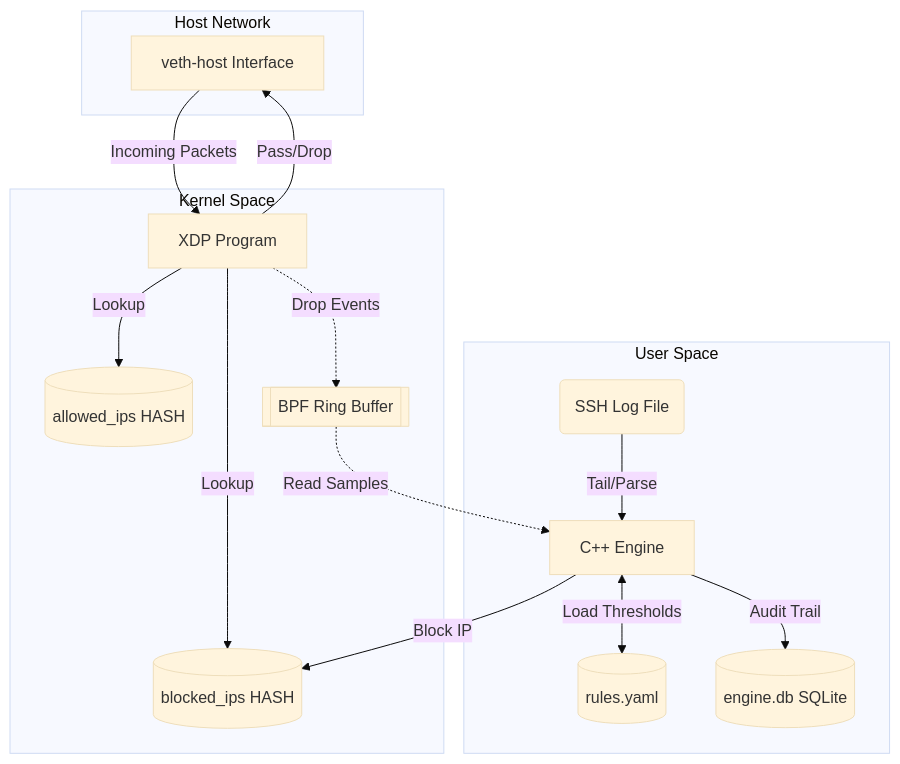
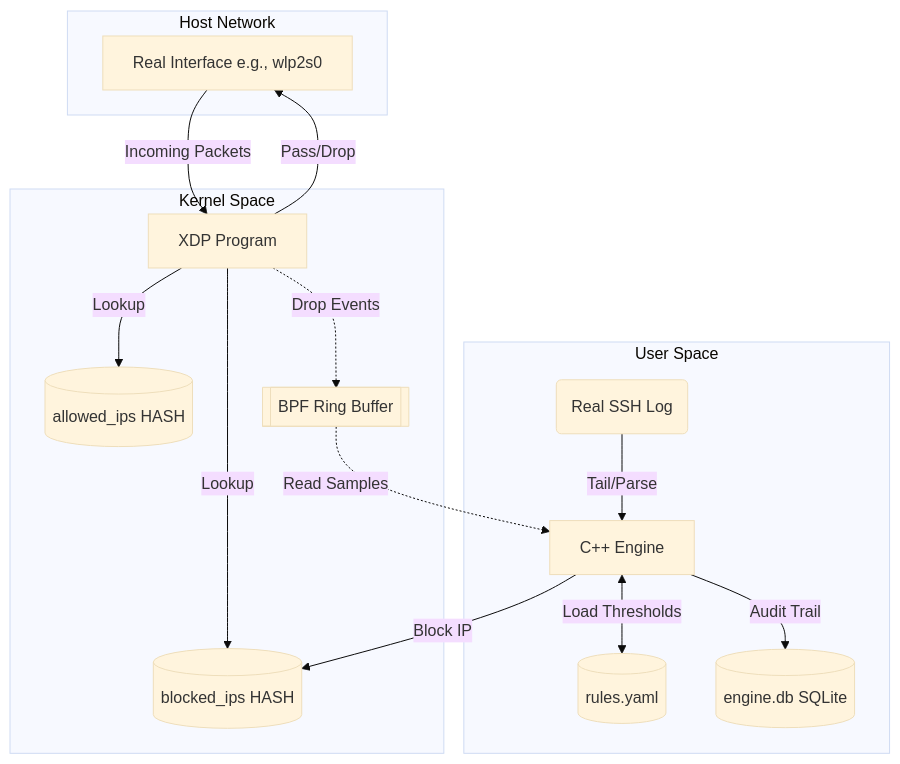
One commit to v1shad/xdp-intrusion-mitigation-engine-review2 changed the diagram in README.md. Above: the diagram before and after it, drawn with Mermaid (base theme). The commit also changed other lines of this file and 19 other files, not shown here.

Commit message:
real-network mode: real sshd logs, real interface, safety guards

````diff
--- a/README.md
+++ b/README.md
@@ -23,32 +23,32 @@
 ```mermaid
 flowchart TD
     subgraph Host Network
-        NIC[veth-host Interface]
+        NIC[Real Interface e.g., wlp2s0]
     end
 
     subgraph Kernel Space
         XDP[XDP Program]
         AllowedMap[(allowed_ips HASH)]
         BlockedMap[(blocked_ips HASH)]
         RingBuf[[BPF Ring Buffer]]
         
         NIC -->|Incoming Packets| XDP
         XDP -->|Lookup| AllowedMap
         XDP -->|Lookup| BlockedMap
         XDP -.->|Drop Events| RingBuf
         XDP -->|Pass/Drop| NIC
     end
 
     subgraph User Space
-        LogFile(SSH Log File)
+        LogFile(Real SSH Log)
         Daemon[C++ Engine]
         Rules[(rules.yaml)]
         DB[(engine.db SQLite)]
         
         LogFile -->|Tail/Parse| Daemon
         Daemon <-->|Load Thresholds| Rules
         RingBuf -.->|Read Samples| Daemon
         Daemon -->|Block IP| BlockedMap
         Daemon -->|Audit Trail| DB
     end
 ```
````
